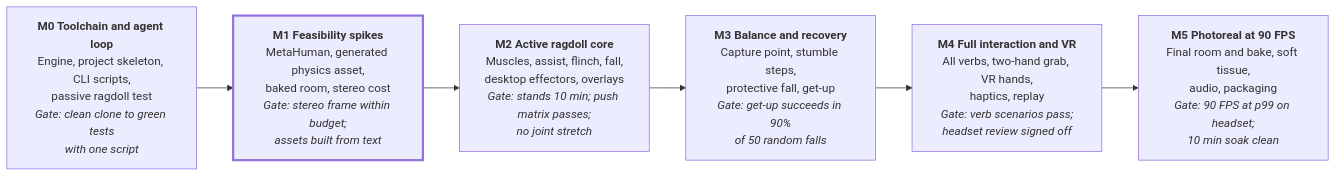
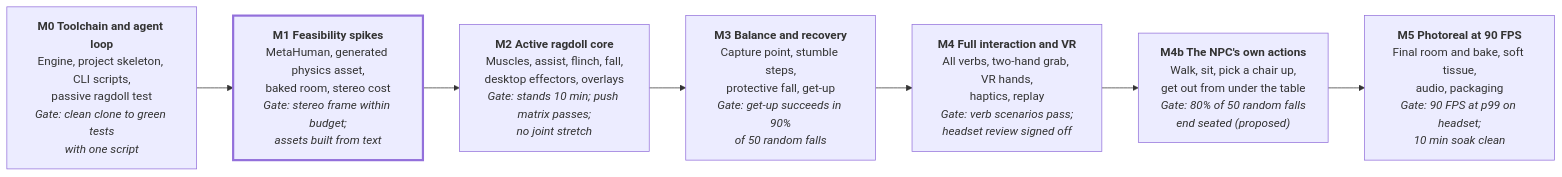
The third of 3 diagrams in docs/PRD.md (ksk6794/dictator-sandbox), drawn with Mermaid before and after one commit. The commit also changed other lines of this file and 19 other files, not shown here.

````diff
--- a/docs/PRD.md
+++ b/docs/PRD.md
@@ -540,11 +549,12 @@
 ```mermaid
 flowchart LR
     M0["<b>M0 Toolchain and agent loop</b><br/>Engine, project skeleton, CLI scripts,<br/>passive ragdoll test<br/><i>Gate: clean clone to green tests<br/>with one script</i>"]
     M1["<b>M1 Feasibility spikes</b><br/>MetaHuman, generated physics asset,<br/>baked room, stereo cost<br/><i>Gate: stereo frame within budget;<br/>assets built from text</i>"]
     M2["<b>M2 Active ragdoll core</b><br/>Muscles, assist, flinch, fall,<br/>desktop effectors, overlays<br/><i>Gate: stands 10 min; push matrix passes;<br/>no joint stretch</i>"]
     M3["<b>M3 Balance and recovery</b><br/>Capture point, stumble steps,<br/>protective fall, get-up<br/><i>Gate: get-up succeeds in 90%<br/>of 50 random falls</i>"]
     M4["<b>M4 Full interaction and VR</b><br/>All verbs, two-hand grab, VR hands,<br/>haptics, replay<br/><i>Gate: verb scenarios pass;<br/>headset review signed off</i>"]
+    M4b["<b>M4b The NPC's own actions</b><br/>Walk, sit, pick a chair up,<br/>get out from under the table<br/><i>Gate: 80% of 50 random falls<br/>end seated (proposed)</i>"]
     M5["<b>M5 Photoreal at 90 FPS</b><br/>Final room and bake, soft tissue,<br/>audio, packaging<br/><i>Gate: 90 FPS at p99 on headset;<br/>10 min soak clean</i>"]
-    M0 --> M1 --> M2 --> M3 --> M4 --> M5
+    M0 --> M1 --> M2 --> M3 --> M4 --> M4b --> M5
     style M1 stroke-width:3px
 ```
````
